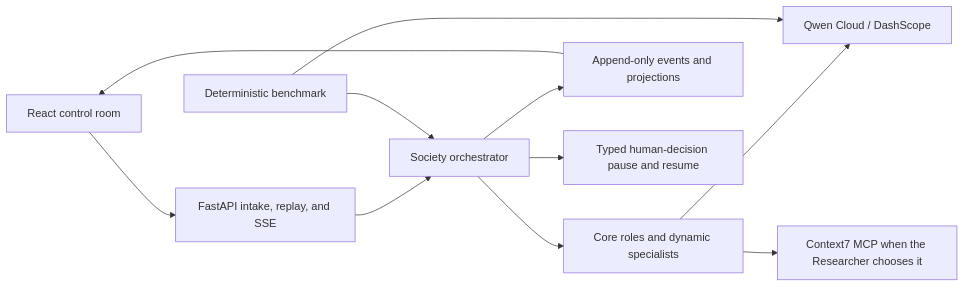
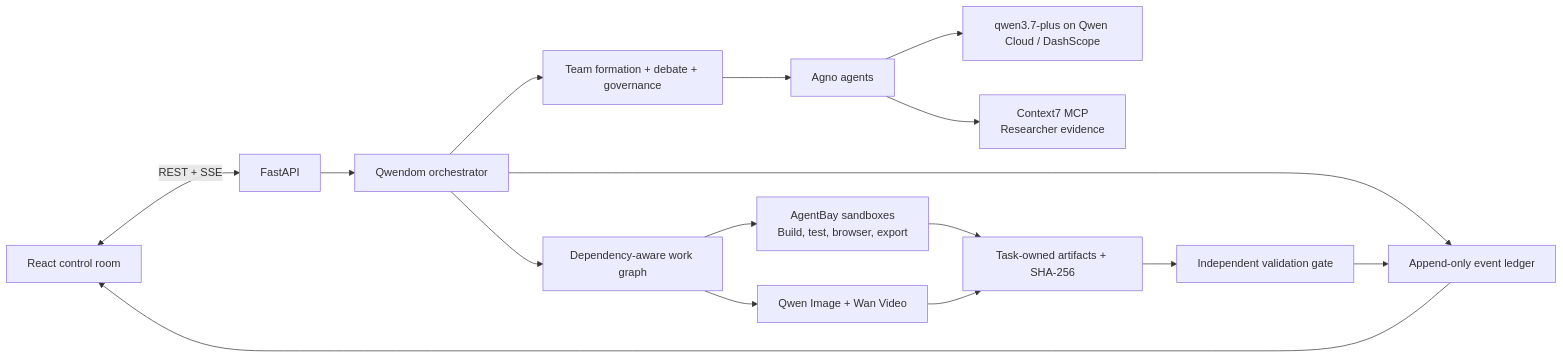
One commit to yamedoff/qwendom changed the diagram in README.md. Above: the diagram before and after it, drawn with Mermaid. The commit also changed other lines of this file, not shown here.

Commit message:
Present Qwendom architecture and benchmark

````diff
--- a/README.md
+++ b/README.md
@@ -93,13 +19,18 @@
 ```mermaid
 flowchart LR
-  UI["React control room"] --> API["FastAPI intake, replay, and SSE"]
-  API --> ORCH["Society orchestrator"]
-  ORCH --> TEAM["Core roles and dynamic specialists"]
-  TEAM --> QWEN["Qwen Cloud / DashScope"]
-  TEAM --> C7["Context7 MCP when the Researcher chooses it"]
-  ORCH --> EVENTS["Append-only events and projections"]
-  EVENTS --> UI
-  ORCH --> HITL["Typed human-decision pause and resume"]
-  BENCH["Deterministic benchmark"] --> QWEN
-  BENCH --> ORCH
+  UI["React control room"] <-->|"REST + SSE"| API["FastAPI"]
+  API --> ORCH["Qwendom orchestrator"]
+  ORCH --> GOV["Team formation + debate + governance"]
+  GOV --> AGNO["Agno agents"]
+  AGNO --> QWEN["qwen3.7-plus on Qwen Cloud / DashScope"]
+  AGNO --> MCP["Context7 MCP\nResearcher evidence"]
+  ORCH --> GRAPH["Dependency-aware work graph"]
+  GRAPH --> BAY["AgentBay sandboxes\nBuild, test, browser, export"]
+  GRAPH --> MEDIA["Qwen Image + Wan Video"]
+  BAY --> ART["Task-owned artifacts + SHA-256"]
+  MEDIA --> ART
+  ART --> VALIDATE["Independent validation gate"]
+  ORCH --> LEDGER["Append-only event ledger"]
+  VALIDATE --> LEDGER
+  LEDGER --> UI
 ```
````
